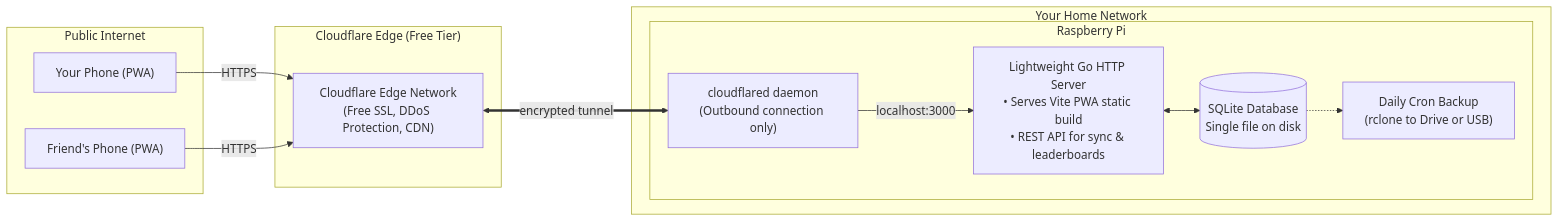
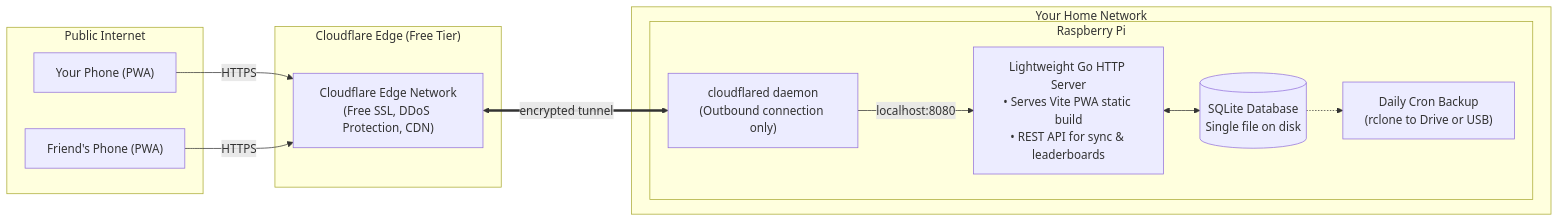
One commit to yavidor/health-app changed the diagram in docs/agents/raspberry-pi-hosting.md. Above: the diagram before and after it, drawn with Mermaid. The commit also changed other lines of this file and 81 other files, not shown here.

````diff
--- a/docs/agents/raspberry-pi-hosting.md
+++ b/docs/agents/raspberry-pi-hosting.md
@@ -9,27 +9,27 @@
 ```mermaid
 flowchart LR
     subgraph Internet ["Public Internet"]
         Phone1["Your Phone (PWA)"]
         Phone2["Friend's Phone (PWA)"]
     end
 
     subgraph Cloudflare ["Cloudflare Edge (Free Tier)"]
         Edge["Cloudflare Edge Network\n(Free SSL, DDoS Protection, CDN)"]
     end
 
     subgraph Home ["Your Home Network"]
         subgraph RPi ["Raspberry Pi"]
             CFD["cloudflared daemon\n(Outbound connection only)"]
             GoApp["Lightweight Go HTTP Server\n• Serves Vite PWA static build\n• REST API for sync & leaderboards"]
             DB[(SQLite Database\nSingle file on disk)]
             Backup["Daily Cron Backup\n(rclone to Drive or USB)"]
         end
     end
 
     Phone1 -->|HTTPS| Edge
     Phone2 -->|HTTPS| Edge
     Edge <== encrypted tunnel ==> CFD
-    CFD -->|localhost:3000| GoApp
+    CFD -->|localhost:8080| GoApp
     GoApp <--> DB
     DB -.-> Backup
 ```
````
